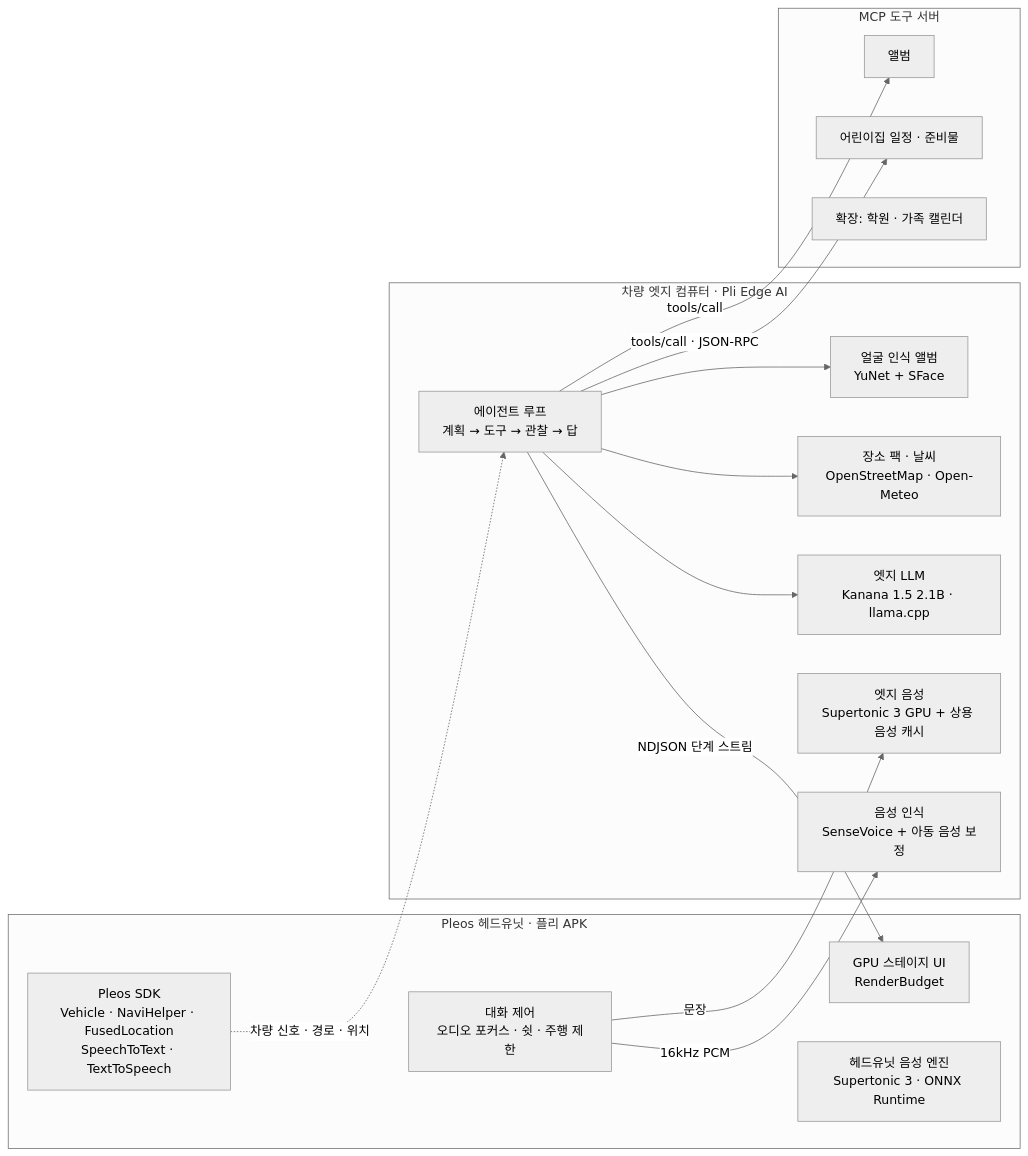
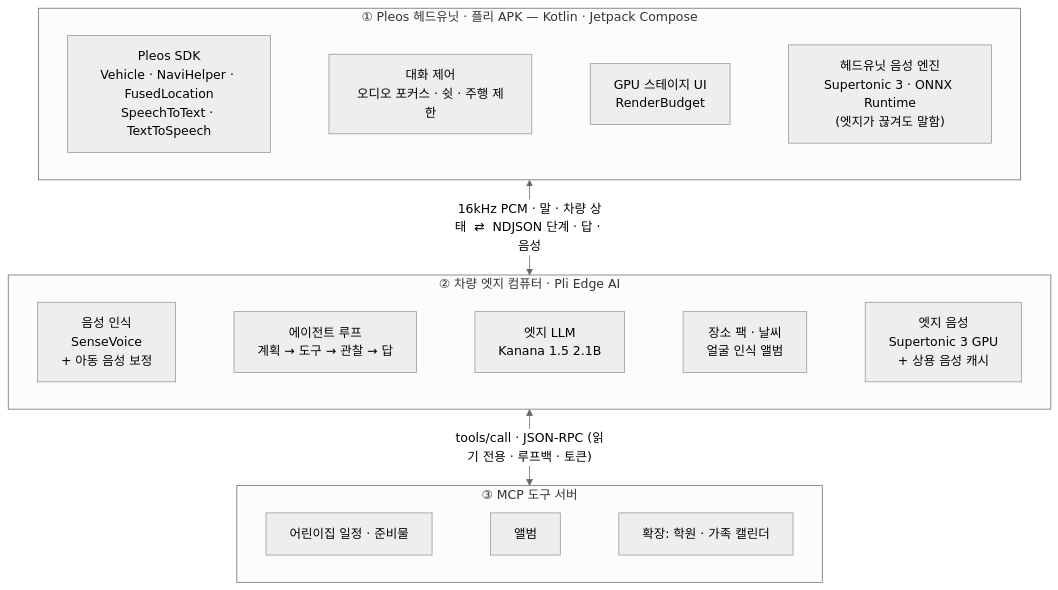
The diagram in README.md (my-pli/pli-app), drawn with Mermaid (neutral theme) before and after one commit. The commit also changed other lines of this file and 1 other file, not shown here.

Commit message:
docs: 아키텍처·음성 파이프라인 도식을 계층형으로, 영상 섹션 전체 폭
- README 아키텍처를 헤드유닛 → 엣지 → MCP 세 계층으로 정리
- 음성 파이프라인을 듣기·말하기 대체 경로(①②③)로 정리
- Mermaid 엣지 라벨을 표준 표기로, 가로·세로 영상을 전체 폭으로

````diff
--- a/README.md
+++ b/README.md
@@ -139,31 +135,17 @@
 ```mermaid
-flowchart LR
-  subgraph HU["Pleos 헤드유닛 · 플리 APK"]
-    UI["GPU 스테이지 UI<br/>RenderBudget"]
-    CTRL["대화 제어<br/>오디오 포커스 · 쉿 · 주행 제한"]
-    SDK["Pleos SDK<br/>Vehicle · NaviHelper · FusedLocation<br/>SpeechToText · TextToSpeech"]
-    FB["헤드유닛 음성 엔진<br/>Supertonic 3 · ONNX Runtime"]
+flowchart TB
+  subgraph HU["① Pleos 헤드유닛 · 플리 APK — Kotlin · Jetpack Compose"]
+    direction LR
+    SDK["Pleos SDK<br/>Vehicle · NaviHelper · FusedLocation<br/>SpeechToText · TextToSpeech"] ~~~ CTRL["대화 제어<br/>오디오 포커스 · 쉿 · 주행 제한"] ~~~ UI["GPU 스테이지 UI<br/>RenderBudget"] ~~~ FB["헤드유닛 음성 엔진<br/>Supertonic 3 · ONNX Runtime<br/>(엣지가 끊겨도 말함)"]
   end
-  subgraph EDGE["차량 엣지 컴퓨터 · Pli Edge AI"]
-    ASR["음성 인식<br/>SenseVoice + 아동 음성 보정"]
-    AGENT["에이전트 루프<br/>계획 → 도구 → 관찰 → 답"]
-    LLM["엣지 LLM<br/>Kanana 1.5 2.1B · llama.cpp"]
-    TTS["엣지 음성<br/>Supertonic 3 GPU + 상용 음성 캐시"]
-    VIS["얼굴 인식 앨범<br/>YuNet + SFace"]
-    PLACE["장소 팩 · 날씨<br/>OpenStreetMap · Open-Meteo"]
+  subgraph EDGE["② 차량 엣지 컴퓨터 · Pli Edge AI"]
+    direction LR
+    ASR["음성 인식<br/>SenseVoice<br/>+ 아동 음성 보정"] ~~~ AGENT["에이전트 루프<br/>계획 → 도구 → 관찰 → 답"] ~~~ LLM["엣지 LLM<br/>Kanana 1.5 2.1B"] ~~~ TOOLS["장소 팩 · 날씨<br/>얼굴 인식 앨범"] ~~~ TTS["엣지 음성<br/>Supertonic 3 GPU<br/>+ 상용 음성 캐시"]
   end
-  subgraph MCP["MCP 도구 서버"]
-    CAL["어린이집 일정 · 준비물"]
-    ALB["앨범"]
-    EXT["확장: 학원 · 가족 캘린더"]
+  subgraph MCP["③ MCP 도구 서버"]
+    direction LR
+    CAL["어린이집 일정 · 준비물"] ~~~ ALB["앨범"] ~~~ EXT["확장: 학원 · 가족 캘린더"]
   end
-  CTRL -->|"16kHz PCM"| ASR
-  AGENT -->|"NDJSON 단계 스트림"| UI
-  CTRL -->|"문장"| TTS
-  AGENT --> LLM
-  AGENT --> PLACE
-  AGENT --> VIS
-  AGENT -->|"tools/call · JSON-RPC"| CAL
-  AGENT -->|"tools/call"| ALB
-  SDK -.->|"차량 신호 · 경로 · 위치"| AGENT
+  HU <-->|"16kHz PCM · 말 · 차량 상태  ⇄  NDJSON 단계 · 답 · 음성"| EDGE
+  EDGE <-->|"tools/call · JSON-RPC (읽기 전용 · 루프백 · 토큰)"| MCP
 ```
````
